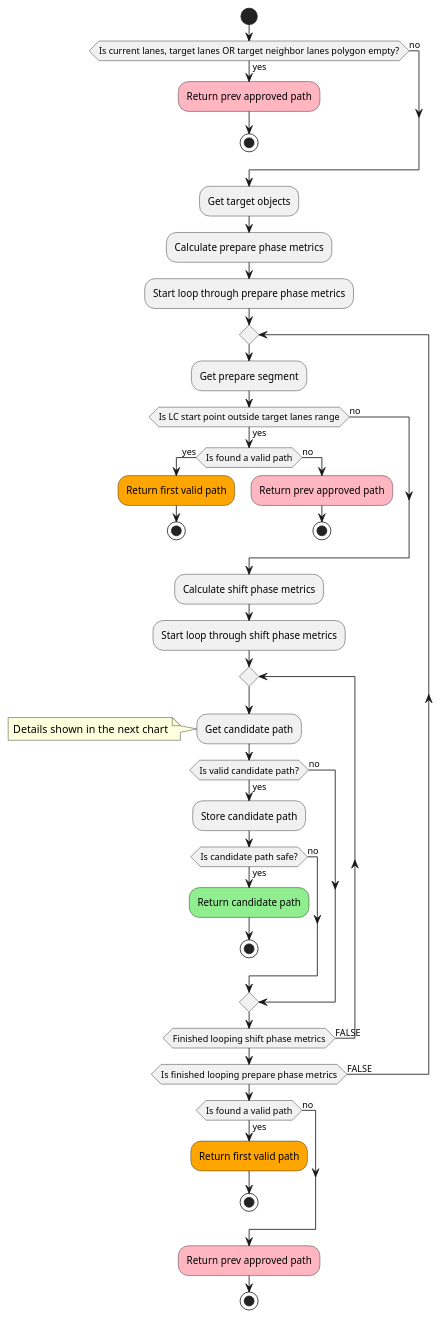
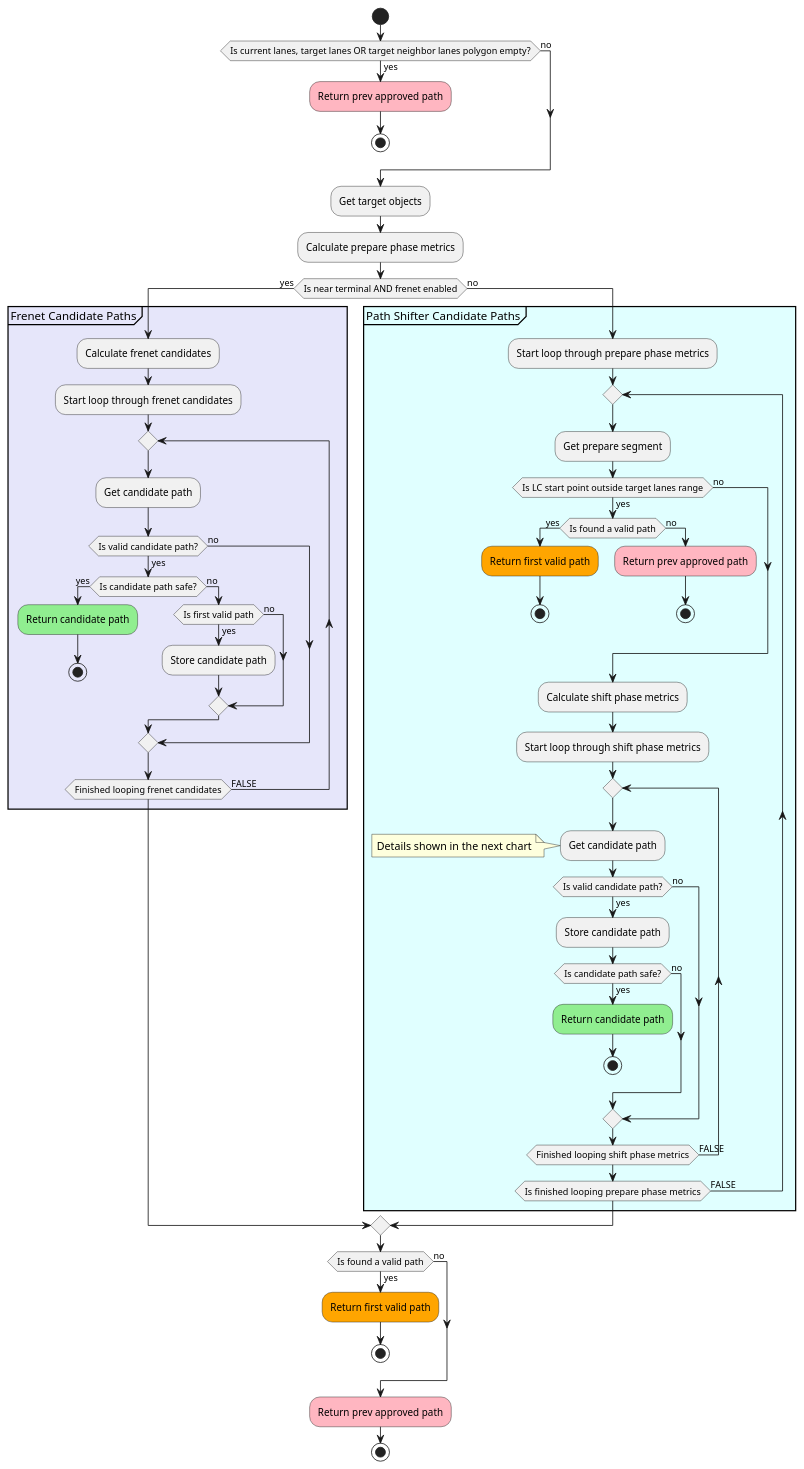
Before and after one commit to knzo25/autoware.universe: the third of 13 diagrams in planning/behavior_path_planner/autoware_behavior_path_lane_change_module/README.md, drawn with PlantUML. The commit also changed other lines of this file and 1981 other files, not shown here.

```diff
--- a/planning/behavior_path_planner/autoware_behavior_path_lane_change_module/README.md
+++ b/planning/behavior_path_planner/autoware_behavior_path_lane_change_module/README.md
@@ -43,39 +160,62 @@
 
 :Calculate prepare phase metrics;
 
-:Start loop through prepare phase metrics;
-
-repeat
-  :Get prepare segment;
-
-  if (Is LC start point outside target lanes range) then (yes)
-    if (Is found a valid path) then (yes)
-      #Orange:Return first valid path;
-      stop
-    else (no)
-      #LightPink:Return prev approved path;
-      stop
-    endif
-  else (no)
-  endif
-
-  :Calculate shift phase metrics;
-
-  :Start loop through shift phase metrics;
-  repeat
-    :Get candidate path;
-    note left: Details shown in the next chart
-    if (Is valid candidate path?) then (yes)
-      :Store candidate path;
-      if (Is candidate path safe?) then (yes)
-        #LightGreen:Return candidate path;
-        stop
+if(Is near terminal AND frenet enabled) then (yes)
+  group Frenet Candidate Paths #Lavender
+    :Calculate frenet candidates;
+    :Start loop through frenet candidates;
+    repeat
+      :Get candidate path;
+      if (Is valid candidate path?) then (yes)
+        if (Is candidate path safe?) then (yes)
+          #LightGreen:Return candidate path;
+          stop
+        else (no)
+          if (Is first valid path) then (yes)
+            :Store candidate path;
+          else (no)
+          endif
+        endif
       else (no)
       endif
-    else (no)
-    endif
-    repeat while (Finished looping shift phase metrics) is (FALSE)
-  repeat while (Is finished looping prepare phase metrics) is (FALSE)
+      repeat while (Finished looping frenet candidates) is (FALSE)
+  end group
+else (no)
+  group Path Shifter Candidate Paths #LightCyan
+    :Start loop through prepare phase metrics;
+    repeat
+      :Get prepare segment;
+
+      if (Is LC start point outside target lanes range) then (yes)
+        if (Is found a valid path) then (yes)
+          #Orange:Return first valid path;
+          stop
+        else (no)
+          #LightPink:Return prev approved path;
+          stop
+        endif
+      else (no)
+      endif
+
+      :Calculate shift phase metrics;
+
+      :Start loop through shift phase metrics;
+      repeat
+        :Get candidate path;
+        note left: Details shown in the next chart
+        if (Is valid candidate path?) then (yes)
+          :Store candidate path;
+          if (Is candidate path safe?) then (yes)
+            #LightGreen:Return candidate path;
+            stop
+          else (no)
+          endif
+        else (no)
+        endif
+        repeat while (Finished looping shift phase metrics) is (FALSE)
+      repeat while (Is finished looping prepare phase metrics) is (FALSE)
+  endgroup
+endif
 
 if (Is found a valid path) then (yes)
   #Orange:Return first valid path;
```
